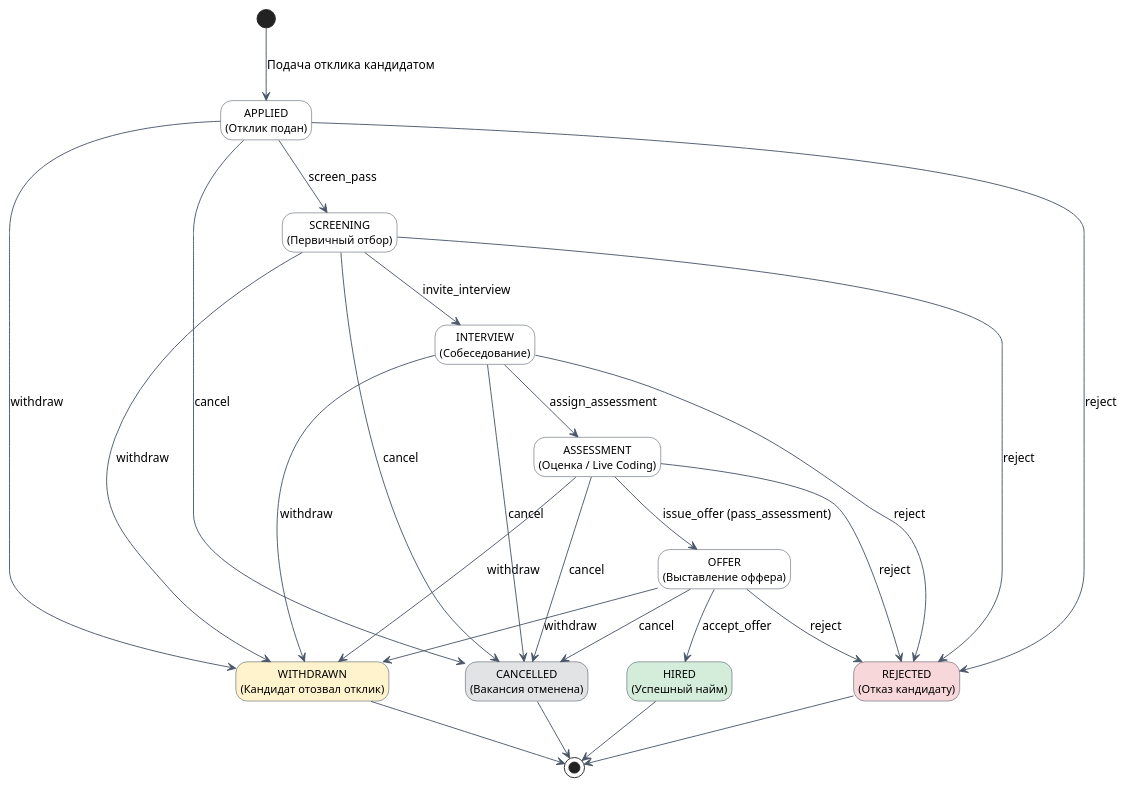
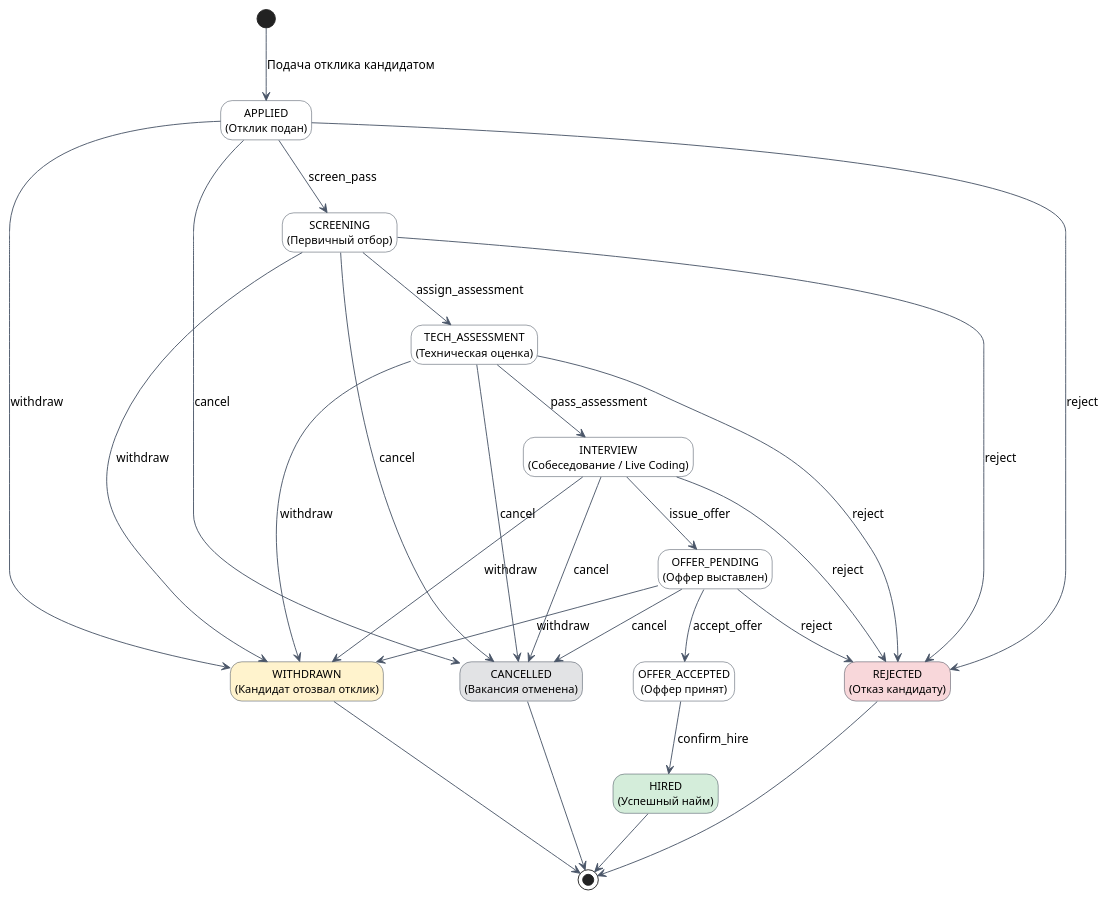
One commit to krackl1n/careeria changed the first of 3 diagrams in docs/project/01-general/01-identification-decomposition.md. Above: the diagram before and after it, drawn with PlantUML. The commit also changed other lines of this file and 37 other files, not shown here.

````diff
--- a/docs/project/01-general/01-identification-decomposition.md
+++ b/docs/project/01-general/01-identification-decomposition.md
@@ -72,58 +71,60 @@
 ```plantuml
 @startuml
 skinparam state {
   BackgroundColor White
   BorderColor #2D3748
   ArrowColor #4A5568
   FontName Arial
   FontSize 12
 }
 skinparam defaultFontName Arial
 hide empty description
 
 [*] --> APPLIED : Подача отклика кандидатом
 
 state "APPLIED\n(Отклик подан)" as APPLIED
 state "SCREENING\n(Первичный отбор)" as SCREENING
-state "INTERVIEW\n(Собеседование)" as INTERVIEW
-state "ASSESSMENT\n(Оценка / Live Coding)" as ASSESSMENT
-state "OFFER\n(Выставление оффера)" as OFFER
+state "TECH_ASSESSMENT\n(Техническая оценка)" as TECH_ASSESSMENT
+state "INTERVIEW\n(Собеседование / Live Coding)" as INTERVIEW
+state "OFFER_PENDING\n(Оффер выставлен)" as OFFER_PENDING
+state "OFFER_ACCEPTED\n(Оффер принят)" as OFFER_ACCEPTED
 
 state "HIRED\n(Успешный найм)" as HIRED #D4EDDA
 state "REJECTED\n(Отказ кандидату)" as REJECTED #F8D7DA
 state "WITHDRAWN\n(Кандидат отозвал отклик)" as WITHDRAWN #FFF3CD
 state "CANCELLED\n(Вакансия отменена)" as CANCELLED #E2E3E5
 
 ' Основной позитивный путь воронки найма
 APPLIED --> SCREENING : screen_pass
-SCREENING --> INTERVIEW : invite_interview
-INTERVIEW --> ASSESSMENT : assign_assessment
-ASSESSMENT --> OFFER : issue_offer (pass_assessment)
-OFFER --> HIRED : accept_offer
+SCREENING --> TECH_ASSESSMENT : assign_assessment
+TECH_ASSESSMENT --> INTERVIEW : pass_assessment
+INTERVIEW --> OFFER_PENDING : issue_offer
+OFFER_PENDING --> OFFER_ACCEPTED : accept_offer
+OFFER_ACCEPTED --> HIRED : confirm_hire
 
 ' Переходы в терминальные состояния отказа и отзыва
 APPLIED --> REJECTED : reject
 SCREENING --> REJECTED : reject
 INTERVIEW --> REJECTED : reject
-ASSESSMENT --> REJECTED : reject
-OFFER --> REJECTED : reject
+TECH_ASSESSMENT --> REJECTED : reject
+OFFER_PENDING --> REJECTED : reject
 
 APPLIED --> WITHDRAWN : withdraw
 SCREENING --> WITHDRAWN : withdraw
 INTERVIEW --> WITHDRAWN : withdraw
-ASSESSMENT --> WITHDRAWN : withdraw
-OFFER --> WITHDRAWN : withdraw
+TECH_ASSESSMENT --> WITHDRAWN : withdraw
+OFFER_PENDING --> WITHDRAWN : withdraw
 
 APPLIED --> CANCELLED : cancel
 SCREENING --> CANCELLED : cancel
 INTERVIEW --> CANCELLED : cancel
-ASSESSMENT --> CANCELLED : cancel
-OFFER --> CANCELLED : cancel
+TECH_ASSESSMENT --> CANCELLED : cancel
+OFFER_PENDING --> CANCELLED : cancel
 
 HIRED --> [*]
 REJECTED --> [*]
 WITHDRAWN --> [*]
 CANCELLED --> [*]
 @enduml
 
 ```
````
